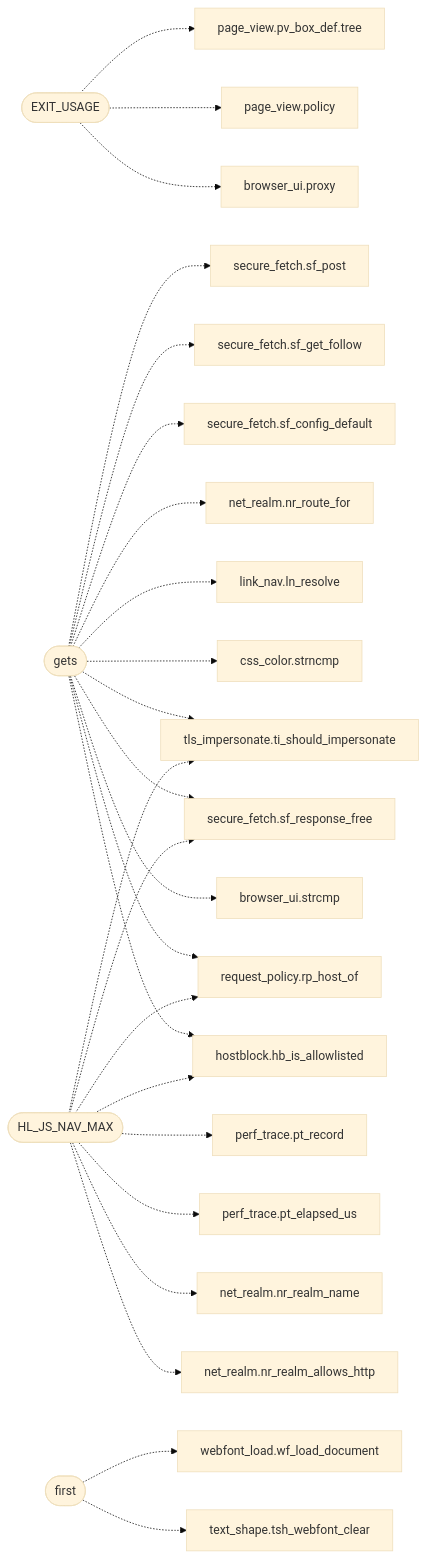
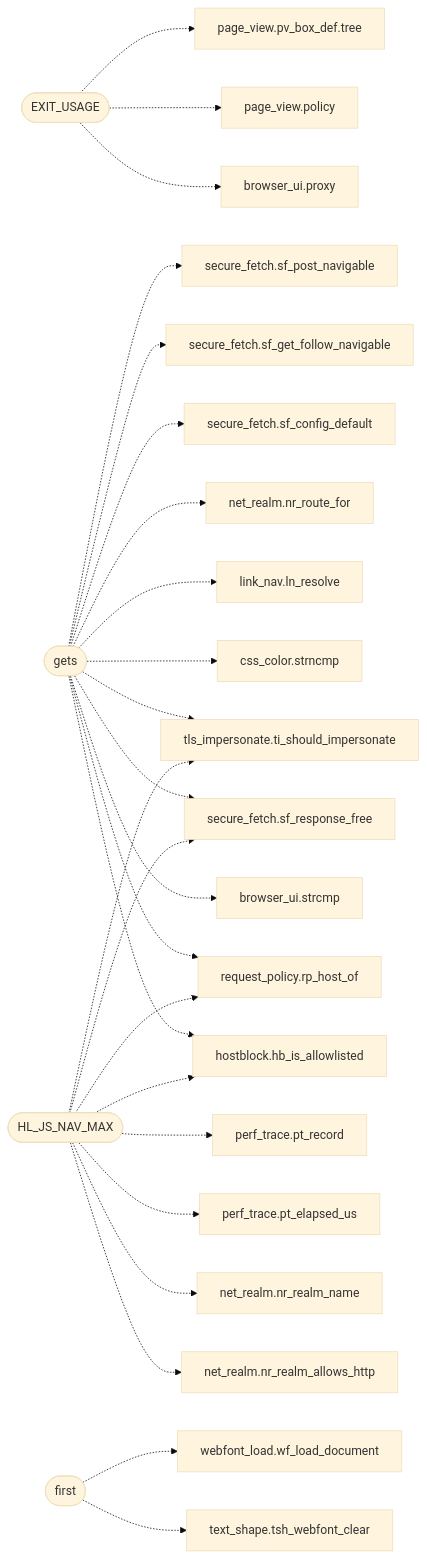
The diagram in readmenator-apidocs/modules/src.freedom.c.md (grisuno/FreeDom), drawn with Mermaid (base theme) before and after one commit. The commit also changed other lines of this file and 169 other files, not shown here.

````diff
--- a/readmenator-apidocs/modules/src.freedom.c.md
+++ b/readmenator-apidocs/modules/src.freedom.c.md
@@ -15,51 +15,51 @@
 ```mermaid
 flowchart LR
     n_src_freedom_c__EXIT_USAGE(["EXIT_USAGE"])
     n_gui_browser_ui_c__proxy["browser_ui.proxy"]
     n_include_page_view_h__policy["page_view.policy"]
     n_include_page_view_h__pv_box_def_tree["page_view.pv_box_def.tree"]
     n_src_freedom_c__gets(["gets"])
     n_gui_browser_ui_c__strcmp["browser_ui.strcmp"]
     n_include_hostblock_h__hb_is_allowlisted["hostblock.hb_is_allowlisted"]
     n_include_request_policy_h__rp_host_of["request_policy.rp_host_of"]
     n_include_secure_fetch_h__sf_response_free["secure_fetch.sf_response_free"]
     n_include_tls_impersonate_h__ti_should_impersonate["tls_impersonate.ti_should_impersonate"]
     n_src_css_color_c__strncmp["css_color.strncmp"]
     n_src_link_nav_c__ln_resolve["link_nav.ln_resolve"]
     n_src_net_realm_c__nr_route_for["net_realm.nr_route_for"]
     n_src_secure_fetch_c__sf_config_default["secure_fetch.sf_config_default"]
-    n_src_secure_fetch_c__sf_get_follow["secure_fetch.sf_get_follow"]
-    n_src_secure_fetch_c__sf_post["secure_fetch.sf_post"]
+    n_src_secure_fetch_c__sf_get_follow_navigable["secure_fetch.sf_get_follow_navigable"]
+    n_src_secure_fetch_c__sf_post_navigable["secure_fetch.sf_post_navigable"]
     n_src_freedom_c__first(["first"])
     n_include_text_shape_h__tsh_webfont_clear["text_shape.tsh_webfont_clear"]
     n_src_webfont_load_c__wf_load_document["webfont_load.wf_load_document"]
     n_src_freedom_c__HL_JS_NAV_MAX(["HL_JS_NAV_MAX"])
     n_include_net_realm_h__nr_realm_allows_http["net_realm.nr_realm_allows_http"]
     n_include_net_realm_h__nr_realm_name["net_realm.nr_realm_name"]
     n_include_perf_trace_h__pt_elapsed_us["perf_trace.pt_elapsed_us"]
     n_include_perf_trace_h__pt_record["perf_trace.pt_record"]
     n_src_freedom_c__EXIT_USAGE -.-> n_gui_browser_ui_c__proxy
     n_src_freedom_c__EXIT_USAGE -.-> n_include_page_view_h__policy
     n_src_freedom_c__EXIT_USAGE -.-> n_include_page_view_h__pv_box_def_tree
     n_src_freedom_c__gets -.-> n_gui_browser_ui_c__strcmp
     n_src_freedom_c__gets -.-> n_include_hostblock_h__hb_is_allowlisted
     n_src_freedom_c__gets -.-> n_include_request_policy_h__rp_host_of
     n_src_freedom_c__gets -.-> n_include_secure_fetch_h__sf_response_free
     n_src_freedom_c__gets -.-> n_include_tls_impersonate_h__ti_should_impersonate
     n_src_freedom_c__gets -.-> n_src_css_color_c__strncmp
     n_src_freedom_c__gets -.-> n_src_link_nav_c__ln_resolve
     n_src_freedom_c__gets -.-> n_src_net_realm_c__nr_route_for
     n_src_freedom_c__gets -.-> n_src_secure_fetch_c__sf_config_default
-    n_src_freedom_c__gets -.-> n_src_secure_fetch_c__sf_get_follow
-    n_src_freedom_c__gets -.-> n_src_secure_fetch_c__sf_post
+    n_src_freedom_c__gets -.-> n_src_secure_fetch_c__sf_get_follow_navigable
+    n_src_freedom_c__gets -.-> n_src_secure_fetch_c__sf_post_navigable
     n_src_freedom_c__first -.-> n_include_text_shape_h__tsh_webfont_clear
     n_src_freedom_c__first -.-> n_src_webfont_load_c__wf_load_document
     n_src_freedom_c__HL_JS_NAV_MAX -.-> n_include_hostblock_h__hb_is_allowlisted
     n_src_freedom_c__HL_JS_NAV_MAX -.-> n_include_net_realm_h__nr_realm_allows_http
     n_src_freedom_c__HL_JS_NAV_MAX -.-> n_include_net_realm_h__nr_realm_name
     n_src_freedom_c__HL_JS_NAV_MAX -.-> n_include_perf_trace_h__pt_elapsed_us
     n_src_freedom_c__HL_JS_NAV_MAX -.-> n_include_perf_trace_h__pt_record
     n_src_freedom_c__HL_JS_NAV_MAX -.-> n_include_request_policy_h__rp_host_of
     n_src_freedom_c__HL_JS_NAV_MAX -.-> n_include_secure_fetch_h__sf_response_free
     n_src_freedom_c__HL_JS_NAV_MAX -.-> n_include_tls_impersonate_h__ti_should_impersonate
 ```
````
